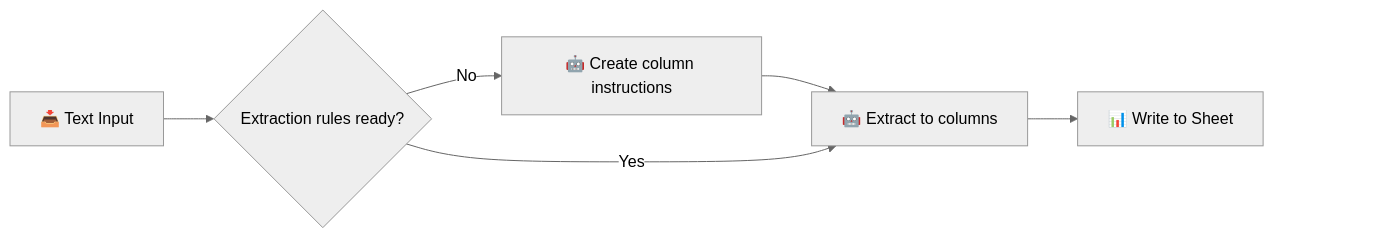
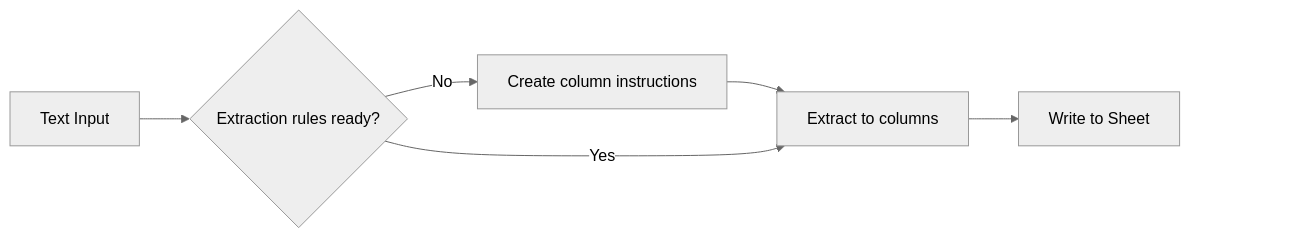
The diagram in projects/n8n/02_smart-table-fill/README.md (runfish5/micro-services), drawn with Mermaid (neutral theme) before and after one commit. The commit also changed other lines of this file and 1 other file, not shown here.

````diff
--- a/projects/n8n/02_smart-table-fill/README.md
+++ b/projects/n8n/02_smart-table-fill/README.md
@@ -96,11 +115,11 @@
 ```mermaid
 flowchart LR
-    A[📥 Text Input] --> B{Extraction rules ready?}
-    B -->|No| C[🤖 Create column instructions]
+    A[Text Input] --> B{Extraction rules ready?}
+    B -->|No| C[Create column instructions]
     C --> D
-    B -->|Yes| D[🤖 Extract to columns]
-    D --> E[📊 Write to Sheet]
+    B -->|Yes| D[Extract to columns]
+    D --> E[Write to Sheet]
     E ~~~ F[ ]
     classDef hidden fill:none,stroke:none,color:none
     class F hidden
 ```
````
